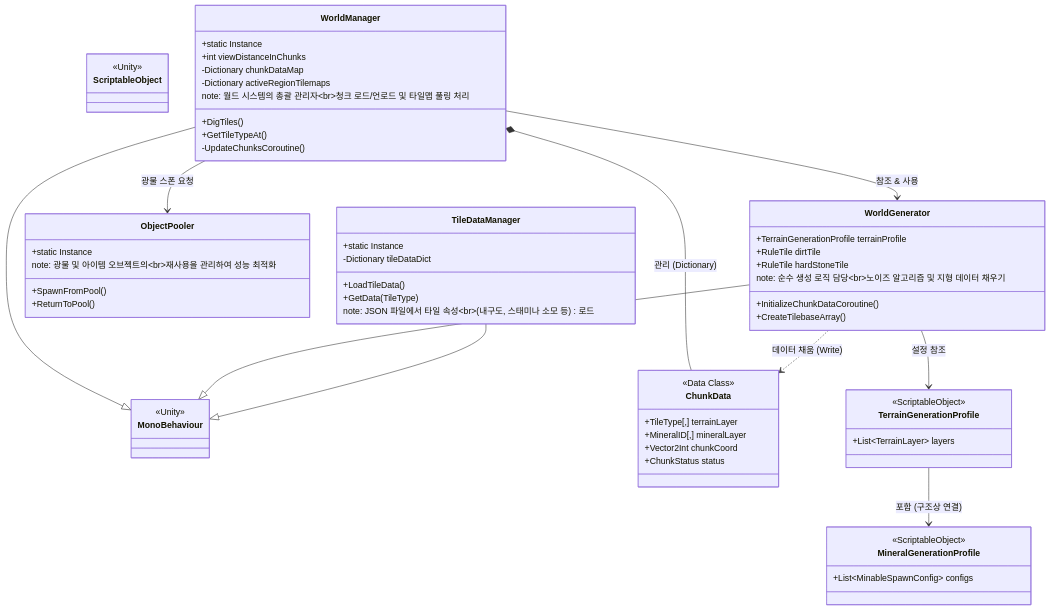
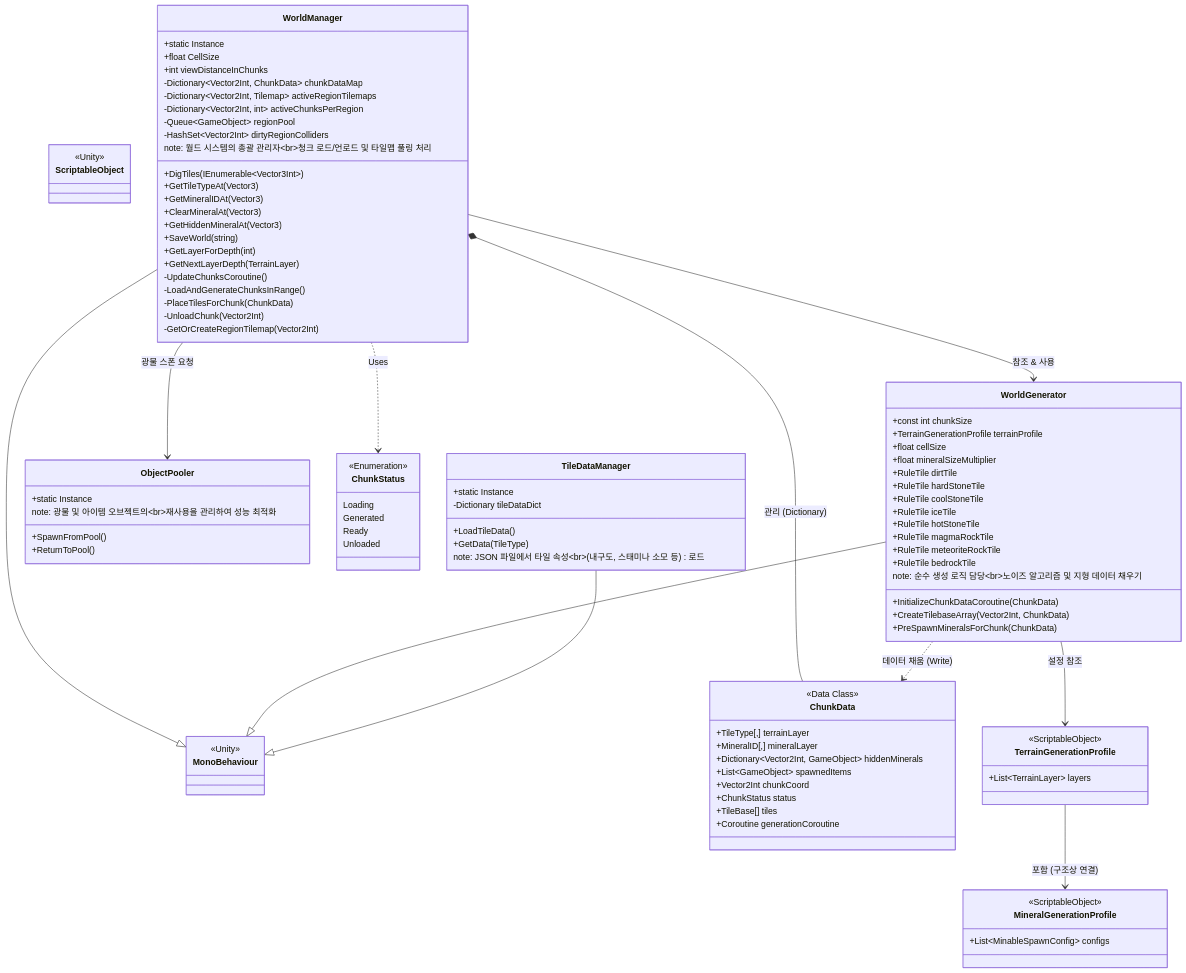
Before and after one commit to 2025-HandsomeGuys/Sap: the first of 2 diagrams in md/WORLD_SYSTEM_STRUCTURE.md, drawn with Mermaid. The commit also changed 29 other files, not shown here.

```diff
--- a/md/WORLD_SYSTEM_STRUCTURE.md
+++ b/md/WORLD_SYSTEM_STRUCTURE.md
@@ -13,21 +13,45 @@
     %% Core Managers
     class WorldManager {
         +static Instance
+        +float CellSize
         +int viewDistanceInChunks
-        -Dictionary chunkDataMap
-        -Dictionary activeRegionTilemaps
-        +DigTiles()
-        +GetTileTypeAt()
+        -Dictionary~Vector2Int, ChunkData~ chunkDataMap
+        -Dictionary~Vector2Int, Tilemap~ activeRegionTilemaps
+        -Dictionary~Vector2Int, int~ activeChunksPerRegion
+        -Queue~GameObject~ regionPool
+        -HashSet~Vector2Int~ dirtyRegionColliders
+        +DigTiles(IEnumerable~Vector3Int~)
+        +GetTileTypeAt(Vector3)
+        +GetMineralIDAt(Vector3)
+        +ClearMineralAt(Vector3)
+        +GetHiddenMineralAt(Vector3)
+        +SaveWorld(string)
+        +GetLayerForDepth(int)
+        +GetNextLayerDepth(TerrainLayer)
         -UpdateChunksCoroutine()
+        -LoadAndGenerateChunksInRange()
+        -PlaceTilesForChunk(ChunkData)
+        -UnloadChunk(Vector2Int)
+        -GetOrCreateRegionTilemap(Vector2Int)
         note: 월드 시스템의 총괄 관리자<br/>청크 로드/언로드 및 타일맵 풀링 처리
     }
 
     class WorldGenerator {
+        +const int chunkSize
         +TerrainGenerationProfile terrainProfile
+        +float cellSize
+        +float mineralSizeMultiplier
         +RuleTile dirtTile
         +RuleTile hardStoneTile
-        +InitializeChunkDataCoroutine()
-        +CreateTilebaseArray()
+        +RuleTile coolStoneTile
+        +RuleTile iceTile
+        +RuleTile hotStoneTile
+        +RuleTile magmaRockTile
+        +RuleTile meteoriteRockTile
+        +RuleTile bedrockTile
+        +InitializeChunkDataCoroutine(ChunkData)
+        +CreateTilebaseArray(Vector2Int, ChunkData)
+        +PreSpawnMineralsForChunk(ChunkData)
         note: 순수 생성 로직 담당<br/>노이즈 알고리즘 및 지형 데이터 채우기
     }
 
@@ -43,8 +67,20 @@
         <<Data Class>>
         +TileType[,] terrainLayer
         +MineralID[,] mineralLayer
+        +Dictionary~Vector2Int, GameObject~ hiddenMinerals
+        +List~GameObject~ spawnedItems
         +Vector2Int chunkCoord
         +ChunkStatus status
+        +TileBase[] tiles
+        +Coroutine generationCoroutine
+    }
+    
+    class ChunkStatus {
+        <<Enumeration>>
+        Loading
+        Generated
+        Ready
+        Unloaded
     }
 
     class TileDataManager {
@@ -71,6 +107,7 @@
     WorldManager --> WorldGenerator : 참조 & 사용
     WorldManager --> ObjectPooler : 광물 스폰 요청
     WorldManager *-- ChunkData : 관리 (Dictionary)
+    WorldManager ..> ChunkStatus : Uses
     
     WorldGenerator --|> MonoBehaviour
     WorldGenerator ..> ChunkData : 데이터 채움 (Write)
```
